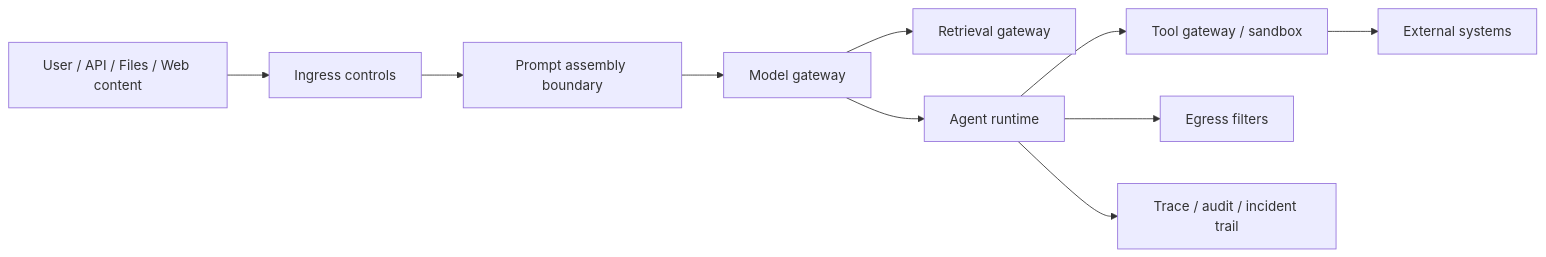
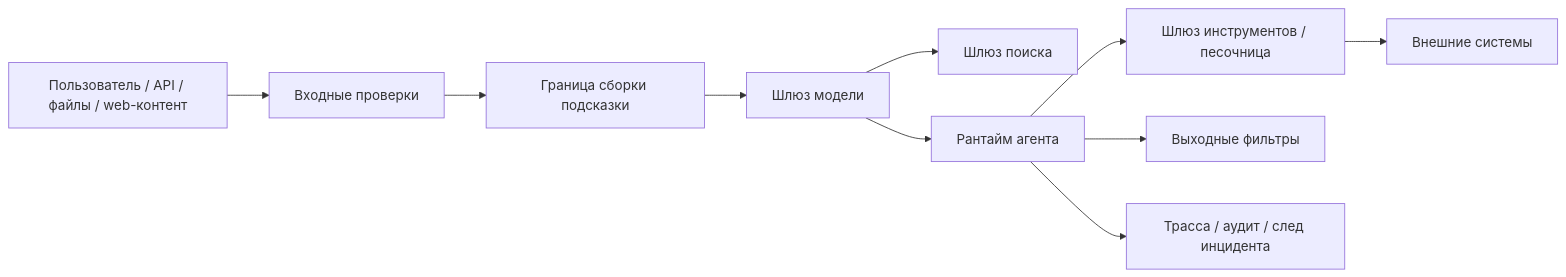
One commit to agent-axiom/agent-arch changed the diagram in docs/book/part-ii/chapter-3.md. Above: the diagram before and after it, drawn with Mermaid. The commit also changed other lines of this file, not shown here.

````diff
--- a/docs/book/part-ii/chapter-3.md
+++ b/docs/book/part-ii/chapter-3.md
@@ -65,12 +65,12 @@
 ``` mermaid
 flowchart LR
-    input["User / API / Files / Web content"] --> ingress["Ingress controls"]
-    ingress --> prompt["Prompt assembly boundary"]
-    prompt --> model["Model gateway"]
-    model --> retrieval["Retrieval gateway"]
-    model --> runtime["Agent runtime"]
-    runtime --> tools["Tool gateway / sandbox"]
-    tools --> systems["External systems"]
-    runtime --> egress["Egress filters"]
-    runtime --> audit["Trace / audit / incident trail"]
+    input["Пользователь / API / файлы / web-контент"] --> ingress["Входные проверки"]
+    ingress --> prompt["Граница сборки подсказки"]
+    prompt --> model["Шлюз модели"]
+    model --> retrieval["Шлюз поиска"]
+    model --> runtime["Рантайм агента"]
+    runtime --> tools["Шлюз инструментов / песочница"]
+    tools --> systems["Внешние системы"]
+    runtime --> egress["Выходные фильтры"]
+    runtime --> audit["Трасса / аудит / след инцидента"]
 ```
````
